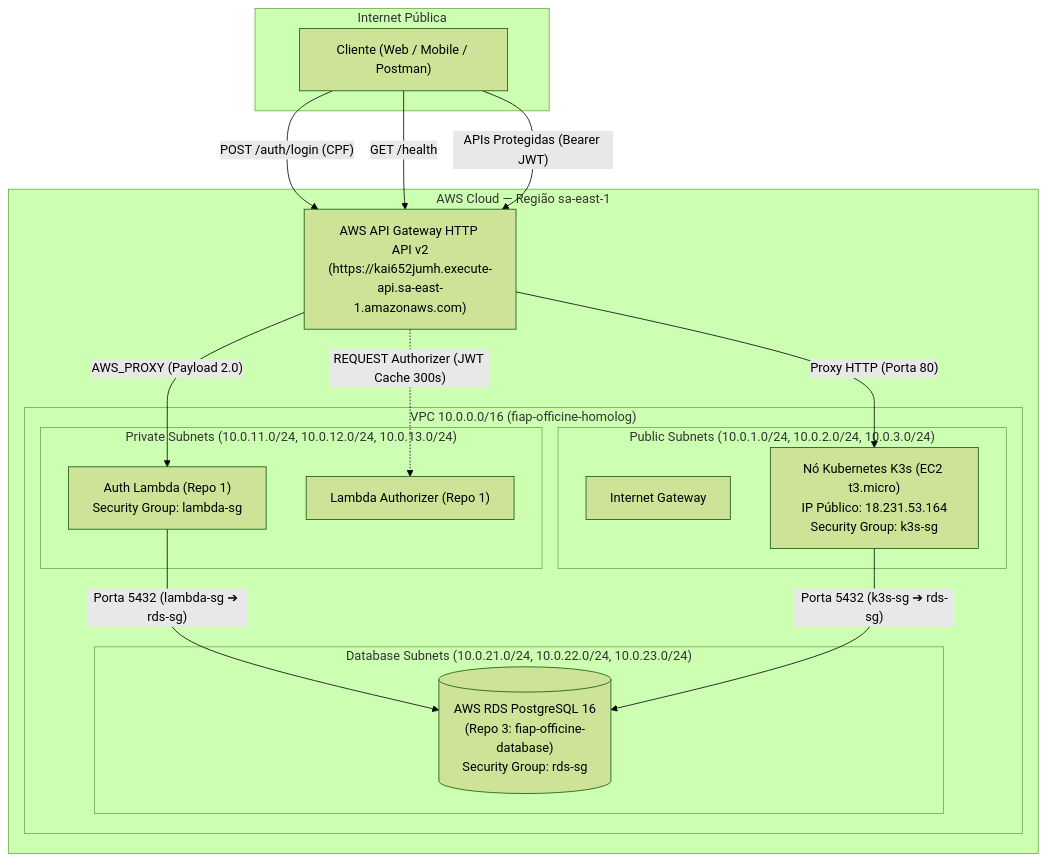
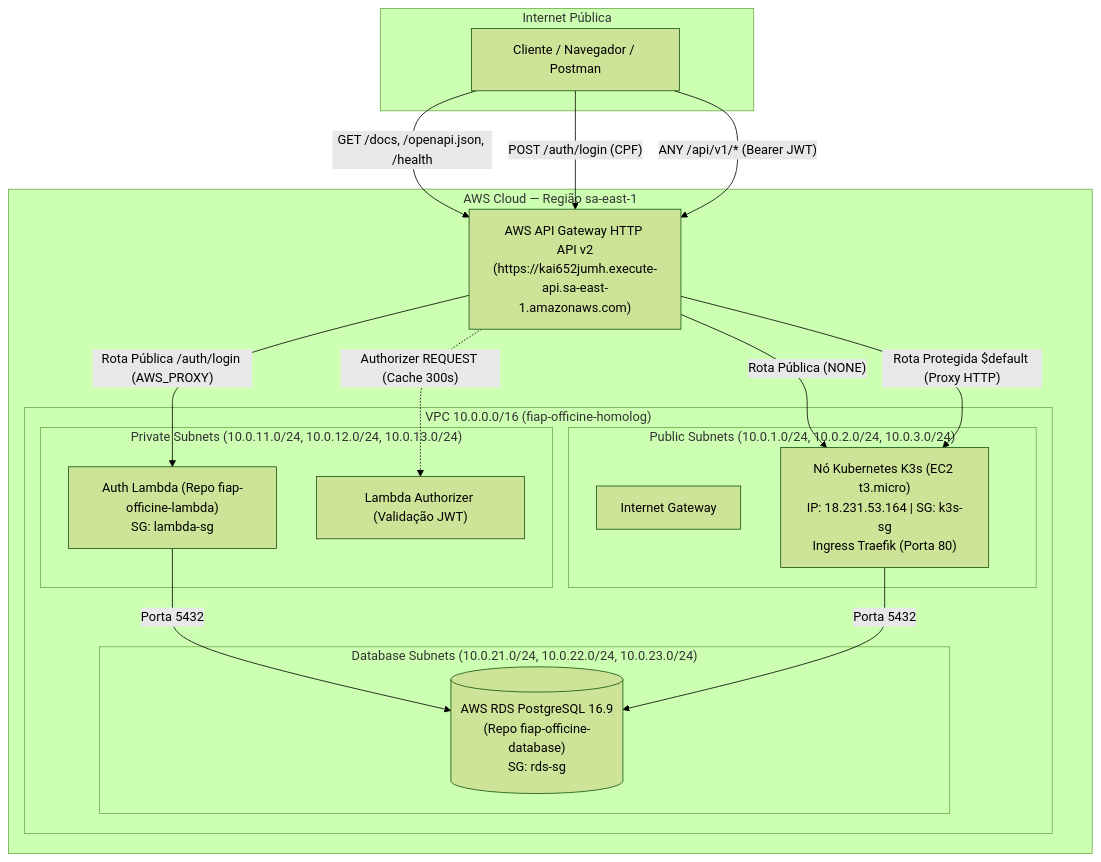
One commit to fiap-officine/fiap-officine-kubernets changed the diagram in README.md. Above: the diagram before and after it, drawn with Mermaid (forest theme). The commit also changed other lines of this file, not shown here.

Commit message:
docs: enrich README with purpose, tech stack, execution/deploy steps, Mermaid architecture and Swagger links

````diff
--- a/README.md
+++ b/README.md
@@ -31,37 +23,41 @@
 ```mermaid
 graph TD
     subgraph INTERNET["Internet Pública"]
-        CLIENT["Cliente (Web / Mobile / Postman)"]
+        CLIENT["Cliente / Navegador / Postman"]
     end
 
     subgraph AWS_CLOUD["AWS Cloud — Região sa-east-1"]
         APIGW["AWS API Gateway HTTP API v2\n(https://kai652jumh.execute-api.sa-east-1.amazonaws.com)"]
 
         subgraph VPC["VPC 10.0.0.0/16 (fiap-officine-homolog)"]
             subgraph PUBLIC_SUBNETS["Public Subnets (10.0.1.0/24, 10.0.2.0/24, 10.0.3.0/24)"]
                 IGW["Internet Gateway"]
-                K3S["Nó Kubernetes K3s (EC2 t3.micro)\nIP Público: 18.231.53.164\nSecurity Group: k3s-sg"]
+                K3S["Nó Kubernetes K3s (EC2 t3.micro)\nIP: 18.231.53.164 | SG: k3s-sg\nIngress Traefik (Porta 80)"]
             end
 
             subgraph PRIVATE_SUBNETS["Private Subnets (10.0.11.0/24, 10.0.12.0/24, 10.0.13.0/24)"]
-                LAMBDA_AUTH["Auth Lambda (Repo 1)\nSecurity Group: lambda-sg"]
-                LAMBDA_AUTHZ["Lambda Authorizer (Repo 1)"]
+                LAMBDA_AUTH["Auth Lambda (Repo fiap-officine-lambda)\nSG: lambda-sg"]
+                LAMBDA_AUTHZ["Lambda Authorizer (Validação JWT)"]
             end
 
             subgraph DATABASE_SUBNETS["Database Subnets (10.0.21.0/24, 10.0.22.0/24, 10.0.23.0/24)"]
-                RDS[("AWS RDS PostgreSQL 16\n(Repo 3: fiap-officine-database)\nSecurity Group: rds-sg")]
+                RDS[("AWS RDS PostgreSQL 16.9\n(Repo fiap-officine-database)\nSG: rds-sg")]
             end
         end
     end
 
+    %% Rotas do API Gateway
+    CLIENT -->|"GET /docs, /openapi.json, /health"| APIGW
     CLIENT -->|"POST /auth/login (CPF)"| APIGW
-    CLIENT -->|"GET /health"| APIGW
-    CLIENT -->|"APIs Protegidas (Bearer JWT)"| APIGW
+    CLIENT -->|"ANY /api/v1/* (Bearer JWT)"| APIGW
 
-    APIGW -->|"AWS_PROXY (Payload 2.0)"| LAMBDA_AUTH
-    APIGW -.->|"REQUEST Authorizer (JWT Cache 300s)"| LAMBDA_AUTHZ
-    APIGW -->|"Proxy HTTP (Porta 80)"| K3S
+    %% Roteamentos
+    APIGW -->|"Rota Pública (NONE)"| K3S
+    APIGW -->|"Rota Pública /auth/login (AWS_PROXY)"| LAMBDA_AUTH
+    APIGW -.->|"Authorizer REQUEST (Cache 300s)"| LAMBDA_AUTHZ
+    APIGW -->|"Rota Protegida $default (Proxy HTTP)"| K3S
 
-    LAMBDA_AUTH -->|"Porta 5432 (lambda-sg ➔ rds-sg)"| RDS
-    K3S -->|"Porta 5432 (k3s-sg ➔ rds-sg)"| RDS
+    %% Conectividade interna
+    LAMBDA_AUTH -->|"Porta 5432"| RDS
+    K3S -->|"Porta 5432"| RDS
 ```
````
